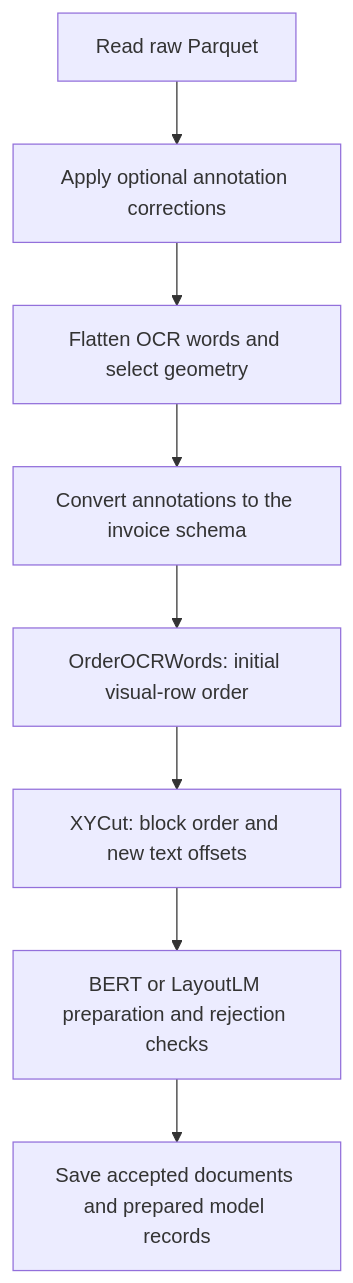
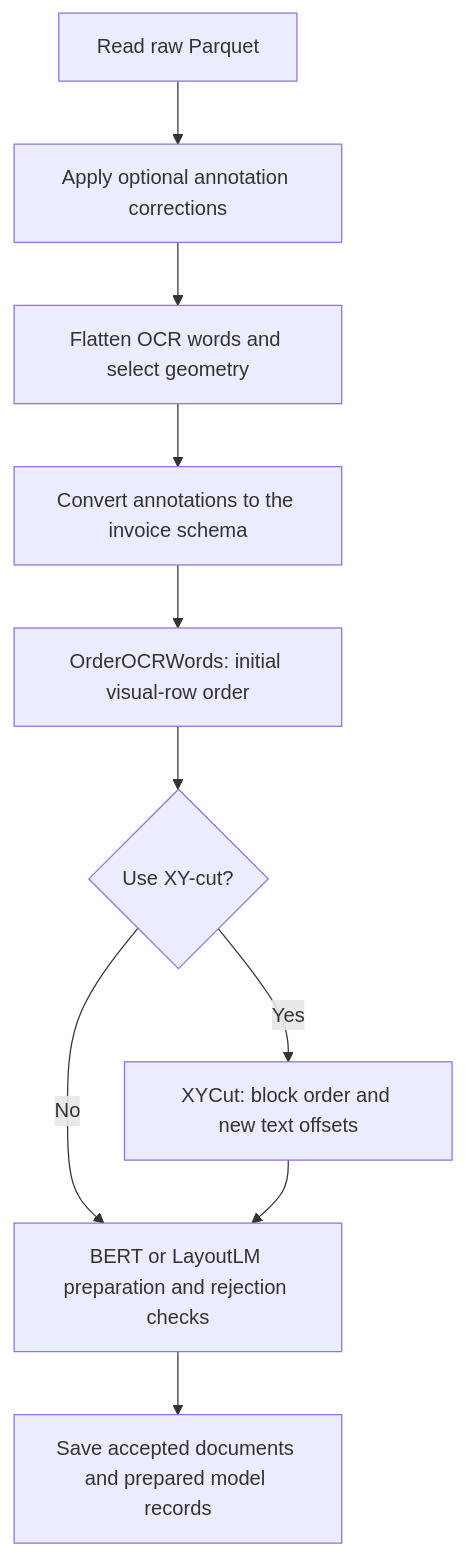
Before and after one commit to vsokoltsov/invoices-ocr: the first of 2 diagrams in docs/xy_cut.md, drawn with Mermaid. The commit also changed other lines of this file and 6 other files, not shown here.

````diff
--- a/docs/xy_cut.md
+++ b/docs/xy_cut.md
@@ -33,10 +33,12 @@
 ```mermaid
 flowchart TD
     A[Read raw Parquet] --> B[Apply optional annotation corrections]
     B --> C[Flatten OCR words and select geometry]
     C --> D[Convert annotations to the invoice schema]
     D --> E[OrderOCRWords: initial visual-row order]
-    E --> F[XYCut: block order and new text offsets]
+    E --> Q{Use XY-cut?}
+    Q -->|Yes| F[XYCut: block order and new text offsets]
+    Q -->|No| G
     F --> G[BERT or LayoutLM preparation and rejection checks]
     G --> H[Save accepted documents and prepared model records]
 ```
````
